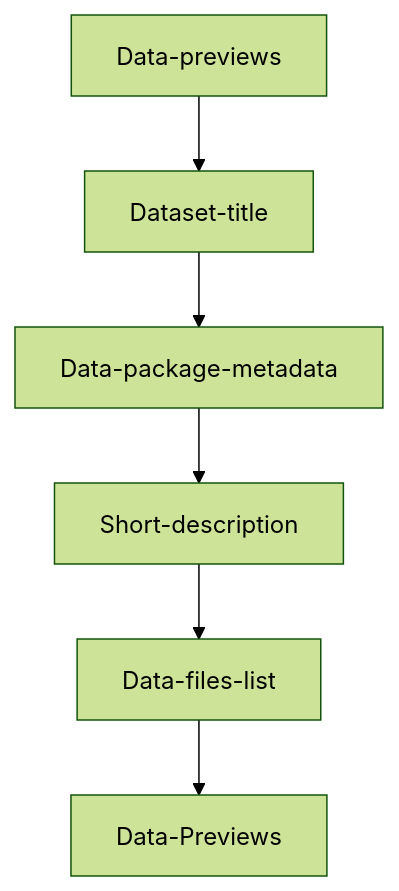
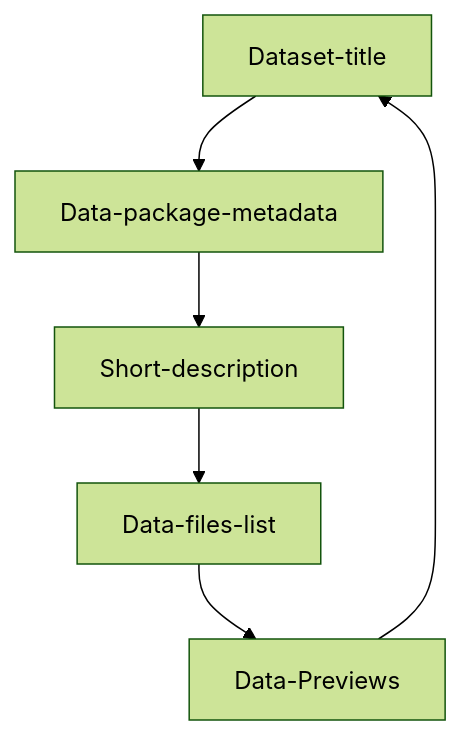
The diagram in README.md (Daniellappv/datahub-cloud-template-newest), drawn with Mermaid (forest theme) before and after one commit.

````diff
--- a/README.md
+++ b/README.md
@@ -23,8 +23,8 @@
 ```mermaid
   graph TD;
       Dataset-title-->Data-package-metadata
       Data-package-metadata-->Short-description;
       Short-description-->Data-files-list;
       Data-files-list-->Data-Previews;
-      Data-previews-->Dataset-title
+      Data-Previews-->Dataset-title
 ```
````
